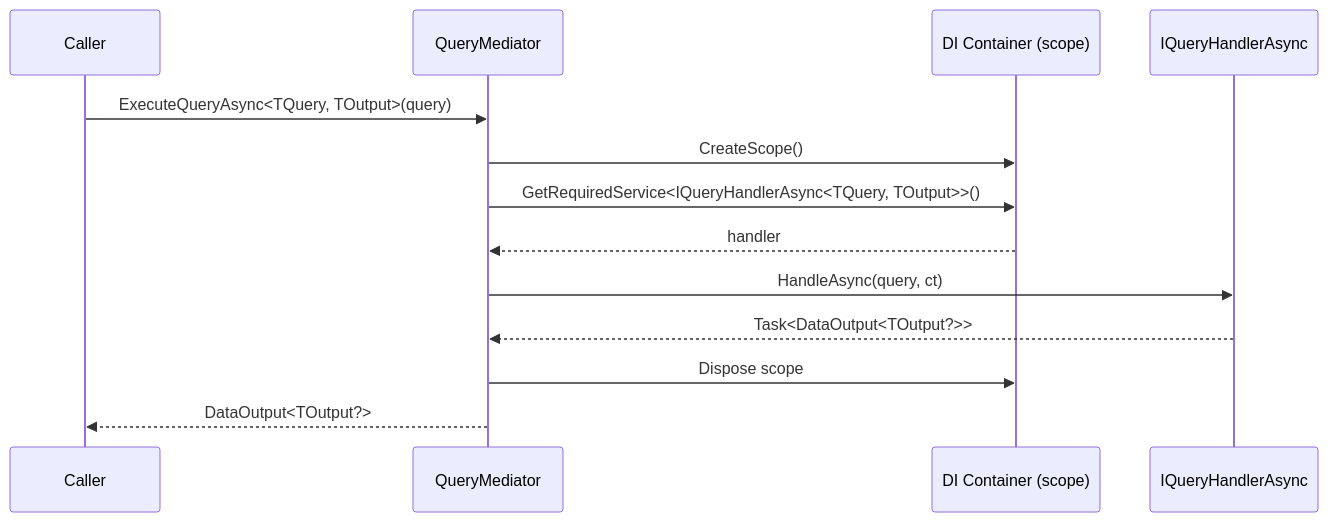
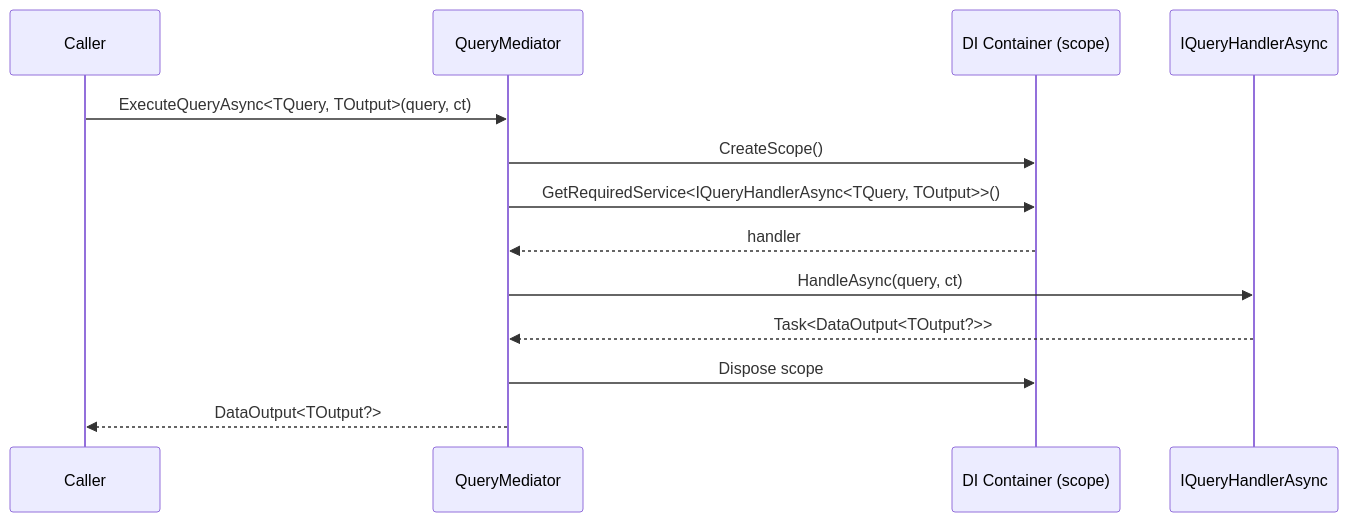
Before and after one commit to artur-rios/dotnet-mediator: the second of 4 diagrams in docs/content/en/docs/query-architecture.md, drawn with Mermaid. The commit also changed other lines of this file and 10 other files, not shown here.

````diff
--- a/docs/content/en/docs/query-architecture.md
+++ b/docs/content/en/docs/query-architecture.md
@@ -172,16 +174,16 @@
 ```mermaid
 sequenceDiagram
     participant Caller
     participant QueryMediator
     participant DI as DI Container (scope)
     participant Handler as IQueryHandlerAsync
 
-    Caller->>QueryMediator: ExecuteQueryAsync<TQuery, TOutput>(query)
+    Caller->>QueryMediator: ExecuteQueryAsync<TQuery, TOutput>(query, ct)
     QueryMediator->>DI: CreateScope()
     QueryMediator->>DI: GetRequiredService<IQueryHandlerAsync<TQuery, TOutput>>()
     DI-->>QueryMediator: handler
     QueryMediator->>Handler: HandleAsync(query, ct)
     Handler-->>QueryMediator: Task<DataOutput<TOutput?>>
     QueryMediator->>DI: Dispose scope
     QueryMediator-->>Caller: DataOutput<TOutput?>
 ```
````
